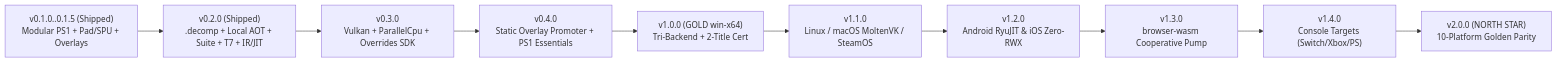
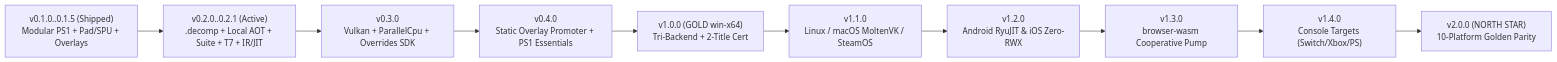
One commit to StreamItAllGit/reSlate changed the diagram in ROADMAP.md. Above: the diagram before and after it, drawn with Mermaid. The commit also changed other lines of this file and 27 other files, not shown here.

````diff
--- a/ROADMAP.md
+++ b/ROADMAP.md
@@ -28,12 +28,12 @@
 ```mermaid
 flowchart LR
-    V01["v0.1.0..0.1.5 (Shipped)\nModular PS1 + Pad/SPU + Overlays"] --> V02["v0.2.0 (Shipped)\n.decomp + Local AOT + Suite + T7 + IR/JIT"]
+    V01["v0.1.0..0.1.5 (Shipped)\nModular PS1 + Pad/SPU + Overlays"] --> V02["v0.2.0..0.2.1 (Active)\n.decomp + Local AOT + Suite + T7 + IR/JIT"]
     V02 --> V03["v0.3.0\nVulkan + ParallelCpu + Overrides SDK"]
     V03 --> V04["v0.4.0\nStatic Overlay Promoter + PS1 Essentials"]
     V04 --> V10["v1.0.0 (GOLD win-x64)\nTri-Backend + 2-Title Cert"]
     V10 --> V11["v1.1.0\nLinux / macOS MoltenVK / SteamOS"]
     V11 --> V12["v1.2.0\nAndroid RyuJIT & iOS Zero-RWX"]
     V12 --> V13["v1.3.0\nbrowser-wasm Cooperative Pump"]
     V13 --> V14["v1.4.0\nConsole Targets (Switch/Xbox/PS)"]
     V14 --> V20["v2.0.0 (NORTH STAR)\n10-Platform Golden Parity"]
 ```
````
